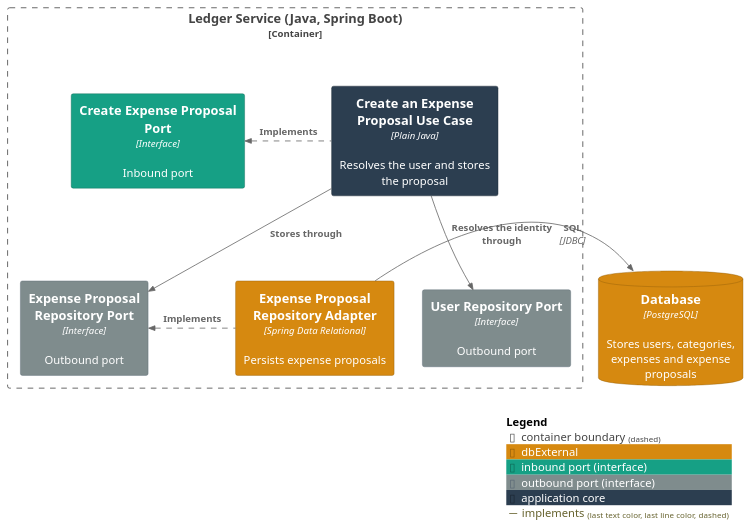
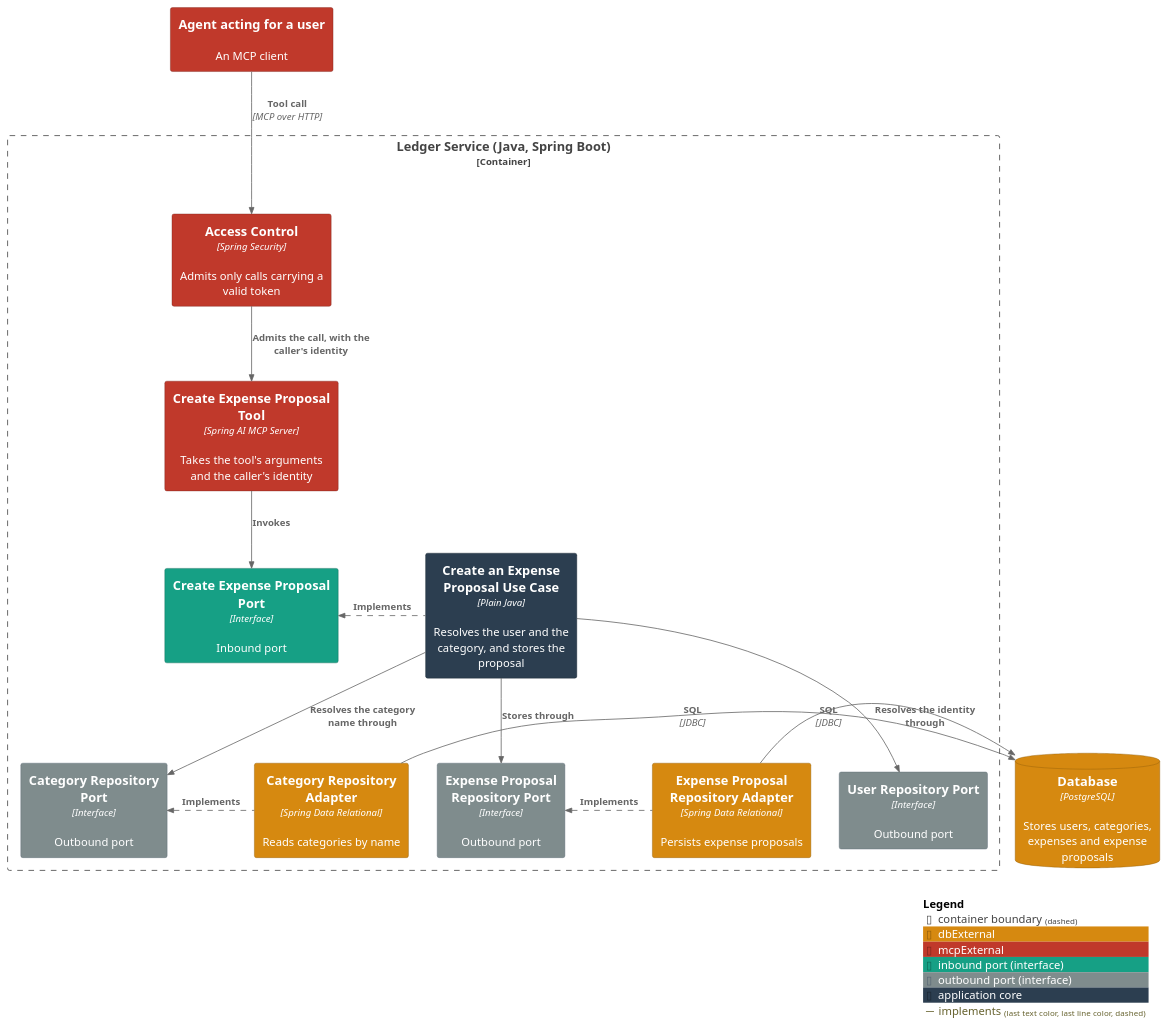
Before and after one commit to ds-usova/finance-bot: the first of 2 diagrams in ledger-service/docs/usecases/create-an-expense-proposal.md, drawn with PlantUML. The commit also changed other lines of this file and 6 other files, not shown here.

Commit message:
Documentation: record the MCP contract, the authenticated caller and the category-by-name rules

````diff
--- a/ledger-service/docs/usecases/create-an-expense-proposal.md
+++ b/ledger-service/docs/usecases/create-an-expense-proposal.md
@@ -45,29 +56,41 @@
 ```plantuml
 @startuml C3-Component-CreateExpenseProposal
 !include <C4/C4_Component>
 
 AddElementTag("dbExternal", $bgColor="#d68910", $fontColor="#ffffff", $borderColor="#8f5c0a")
+AddElementTag("mcpExternal", $bgColor="#c0392b", $fontColor="#ffffff", $borderColor="#7b241c")
 AddElementTag("portIn", $bgColor="#16a085", $fontColor="#ffffff", $borderColor="#0e6655", $legendText="inbound port (interface)")
 AddElementTag("portOut", $bgColor="#7f8c8d", $fontColor="#ffffff", $borderColor="#566573", $legendText="outbound port (interface)")
 AddElementTag("core", $bgColor="#2c3e50", $fontColor="#ffffff", $borderColor="#1b2631", $legendText="application core")
 AddRelTag("implements", $lineStyle="dashed")
 
+System_Ext(agent, "Agent acting for a user", "An MCP client", $tags="mcpExternal")
 ContainerDb(db, "Database", "PostgreSQL", "Stores users, categories, expenses and expense proposals", $tags="dbExternal")
 
 Container_Boundary(ledger, "Ledger Service (Java, Spring Boot)") {
+  Component(accessControl, "Access Control", "Spring Security", "Admits only calls carrying a valid token", $tags="mcpExternal")
+  Component(mcpTool, "Create Expense Proposal Tool", "Spring AI MCP Server", "Takes the tool's arguments and the caller's identity", $tags="mcpExternal")
   Component(createProposalPort, "Create Expense Proposal Port", "Interface", "Inbound port", $tags="portIn")
-  Component(createProposalService, "Create an Expense Proposal Use Case", "Plain Java", "Resolves the user and stores the proposal", $tags="core")
+  Component(createProposalService, "Create an Expense Proposal Use Case", "Plain Java", "Resolves the user and the category, and stores the proposal", $tags="core")
   Component(userRepositoryPort, "User Repository Port", "Interface", "Outbound port", $tags="portOut")
+  Component(categoryRepositoryPort, "Category Repository Port", "Interface", "Outbound port", $tags="portOut")
   Component(proposalRepositoryPort, "Expense Proposal Repository Port", "Interface", "Outbound port", $tags="portOut")
+  Component(categoryRepositoryAdapter, "Category Repository Adapter", "Spring Data Relational", "Reads categories by name", $tags="dbExternal")
   Component(proposalRepositoryAdapter, "Expense Proposal Repository Adapter", "Spring Data Relational", "Persists expense proposals", $tags="dbExternal")
 }
 
+Rel(agent, accessControl, "Tool call", "MCP over HTTP")
+Rel_D(accessControl, mcpTool, "Admits the call, with the caller's identity")
+Rel_D(mcpTool, createProposalPort, "Invokes")
 Rel_L(createProposalService, createProposalPort, "Implements", $tags="implements")
 Rel_D(createProposalService, userRepositoryPort, "Resolves the identity through")
+Rel_D(createProposalService, categoryRepositoryPort, "Resolves the category name through")
 Rel_D(createProposalService, proposalRepositoryPort, "Stores through")
+Rel_L(categoryRepositoryAdapter, categoryRepositoryPort, "Implements", $tags="implements")
 Rel_L(proposalRepositoryAdapter, proposalRepositoryPort, "Implements", $tags="implements")
+Rel_R(categoryRepositoryAdapter, db, "SQL", "JDBC")
 Rel_R(proposalRepositoryAdapter, db, "SQL", "JDBC")
 
 SHOW_LEGEND()
 @enduml
 ```
````
